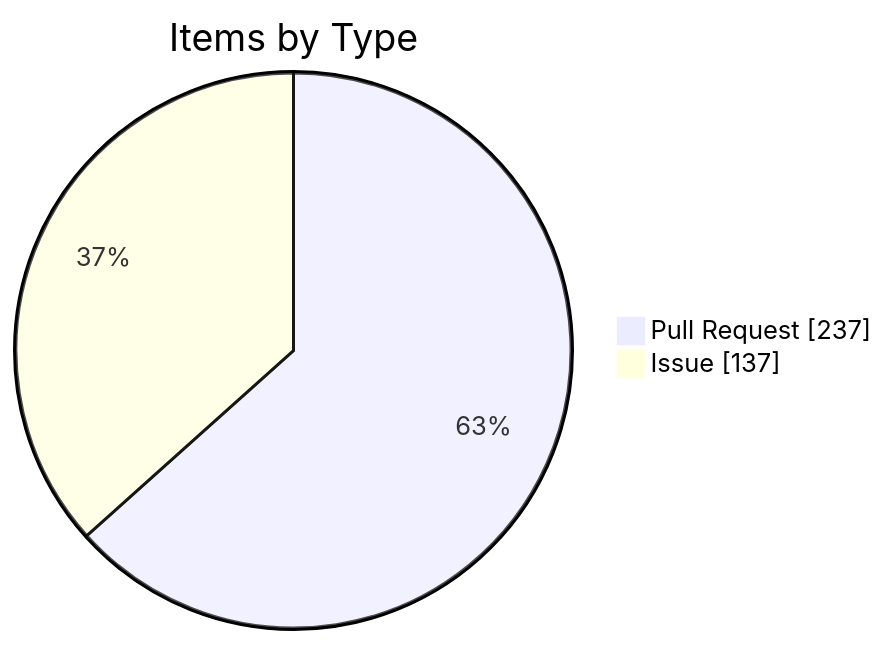
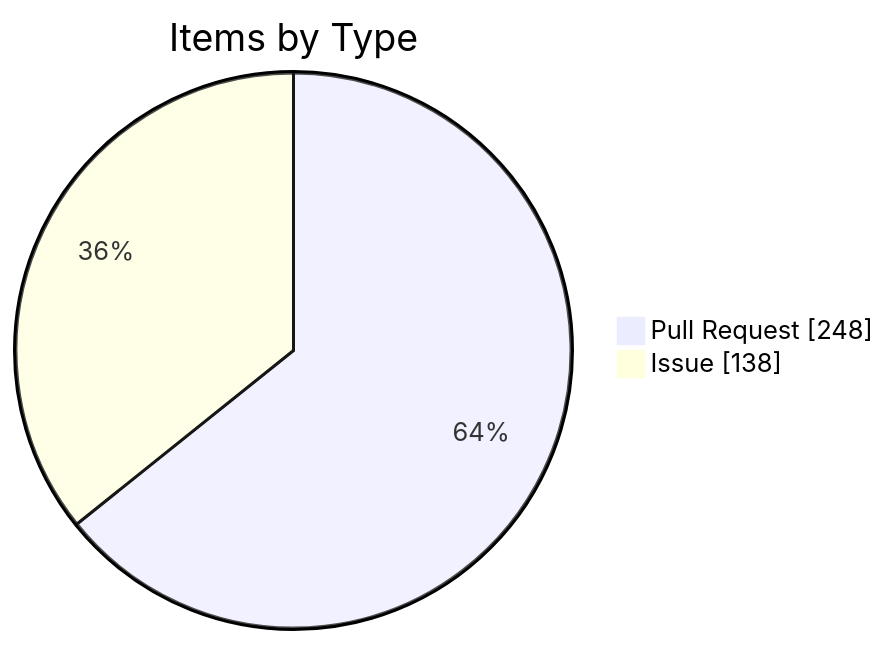
Before and after one commit to KBVE/kbve: the fourth of 4 diagrams in apps/kbve/astro-kbve/src/content/docs/dashboard/kanban-data.mdx, drawn with Mermaid. The commit also changed other lines of this file and 2 other files, not shown here.

````diff
--- a/apps/kbve/astro-kbve/src/content/docs/dashboard/kanban-data.mdx
+++ b/apps/kbve/astro-kbve/src/content/docs/dashboard/kanban-data.mdx
@@ -246,6 +246,6 @@
 ```mermaid
 pie showData
     title Items by Type
-    "Pull Request" : 237
-    "Issue" : 137
+    "Pull Request" : 248
+    "Issue" : 138
 ```
````
